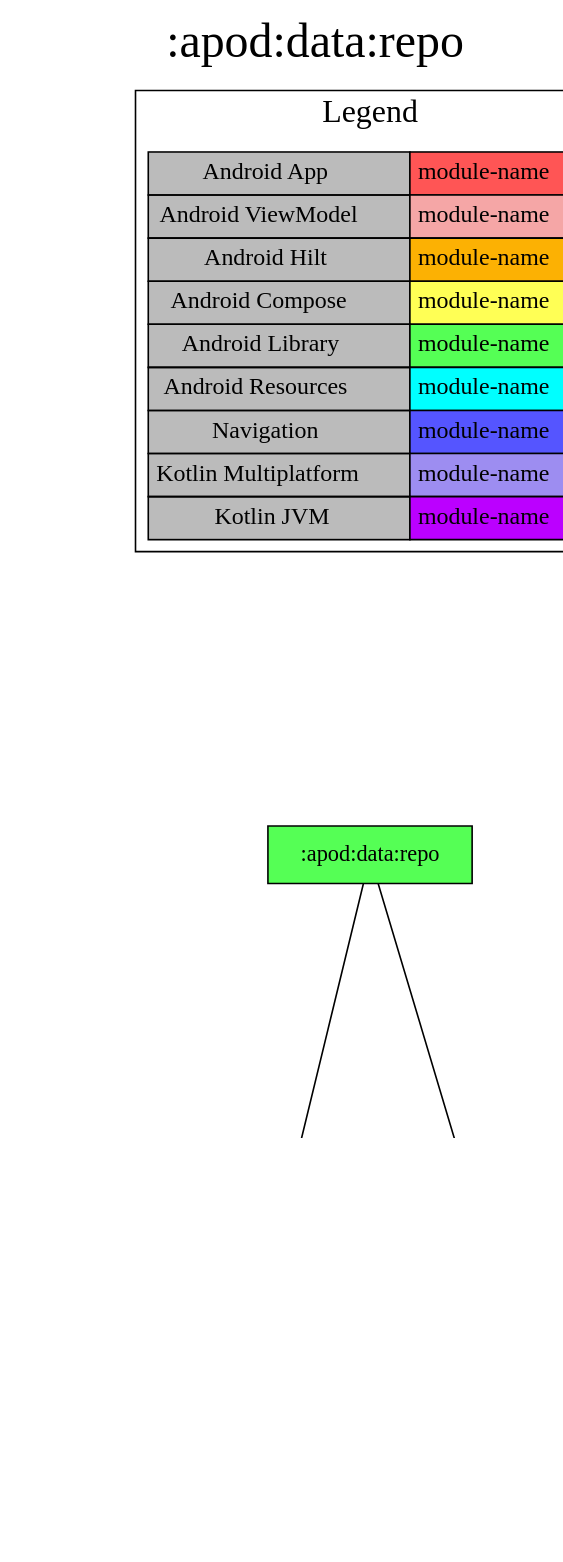
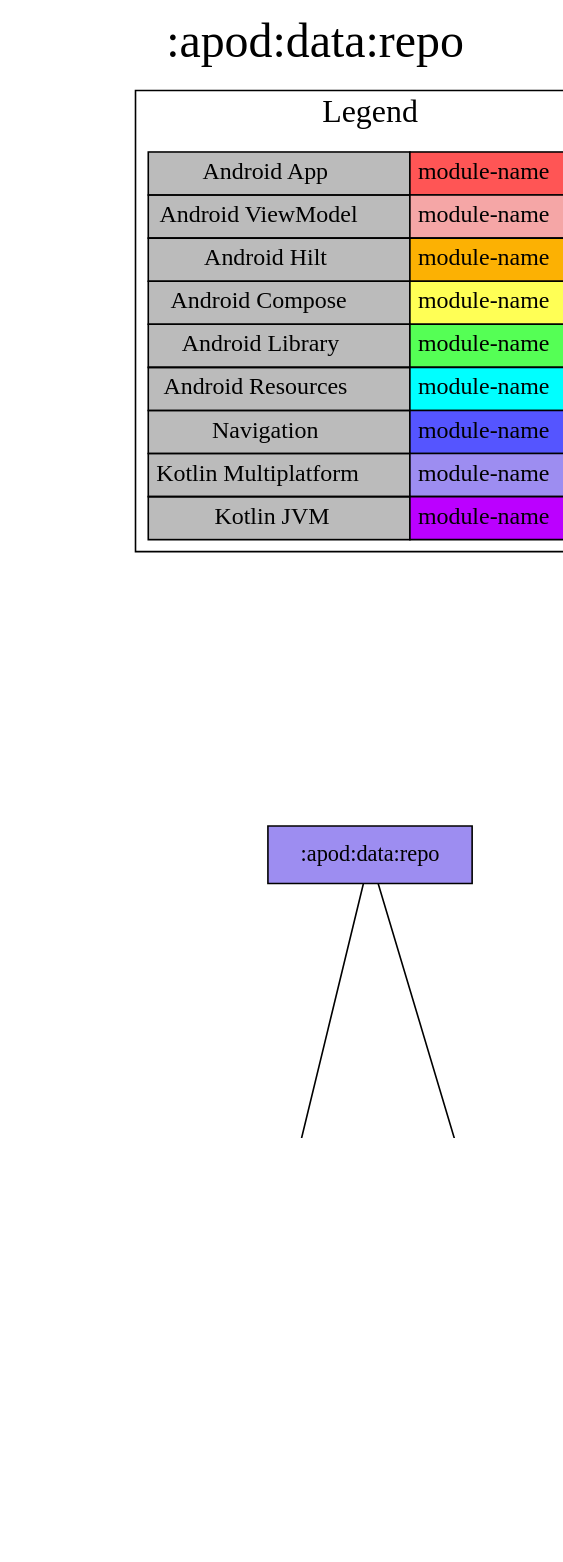
One commit to jonapoul/nasa-android changed the diagram in modules/apod/data/repo/project-dependency-graph.dot. Above: the diagram before and after it, drawn with Graphviz. The commit also changed 69 other files, not shown here.

```diff
--- a/modules/apod/data/repo/project-dependency-graph.dot
+++ b/modules/apod/data/repo/project-dependency-graph.dot
@@ -1,37 +1,37 @@
 digraph {
 edge ["dir"="forward"]
 graph ["dpi"="100","label"=":apod:data:repo","labelloc"="t","fontsize"="30","ranksep"="2.5","rankdir"="TB"]
 node ["style"="filled"]
-":apod:data:repo" ["fillcolor"="#55FF55","shape"="box"]
+":apod:data:repo" ["fillcolor"="#9D8DF1","shape"="box"]
 ":apod:data:api" ["fillcolor"="#BB00FF","shape"="box"]
 ":apod:model" ["fillcolor"="#BB00FF","shape"="box"]
 ":core:model" ["fillcolor"="#BB00FF","shape"="box"]
 ":db" ["fillcolor"="#9D8DF1","shape"="box"]
 ":gallery:model" ["fillcolor"="#BB00FF","shape"="box"]
 {
 edge ["dir"="none"]
 graph ["rank"="same"]
 }
 ":apod:data:repo" -> ":apod:data:api"
 ":apod:data:repo" -> ":db"
 ":apod:data:api" -> ":apod:model"
 ":apod:data:api" -> ":core:model"
 ":db" -> ":gallery:model"
 subgraph "cluster_legend" {
 edge ["dir"="none"]
 graph ["label"="Legend","fontsize"="20"]
 "Legend" ["style"="filled","fillcolor"="#bbbbbb","shape"="none","margin"="0","fontsize"="15","label"=<
 <TABLE BORDER="0" CELLBORDER="1" CELLSPACING="0" CELLPADDING="4">
 <TR><TD>Android App</TD><TD BGCOLOR="#FF5555">module-name</TD></TR>
 <TR><TD>Android ViewModel</TD><TD BGCOLOR="#F5A6A6">module-name</TD></TR>
 <TR><TD>Android Hilt</TD><TD BGCOLOR="#FCB103">module-name</TD></TR>
 <TR><TD>Android Compose</TD><TD BGCOLOR="#FFFF55">module-name</TD></TR>
 <TR><TD>Android Library</TD><TD BGCOLOR="#55FF55">module-name</TD></TR>
 <TR><TD>Android Resources</TD><TD BGCOLOR="#00FFFF">module-name</TD></TR>
 <TR><TD>Navigation</TD><TD BGCOLOR="#5555FF">module-name</TD></TR>
 <TR><TD>Kotlin Multiplatform</TD><TD BGCOLOR="#9D8DF1">module-name</TD></TR>
 <TR><TD>Kotlin JVM</TD><TD BGCOLOR="#BB00FF">module-name</TD></TR>
 </TABLE>
 >]
 } -> ":apod:data:repo" ["style"="invis"]
 }
```
